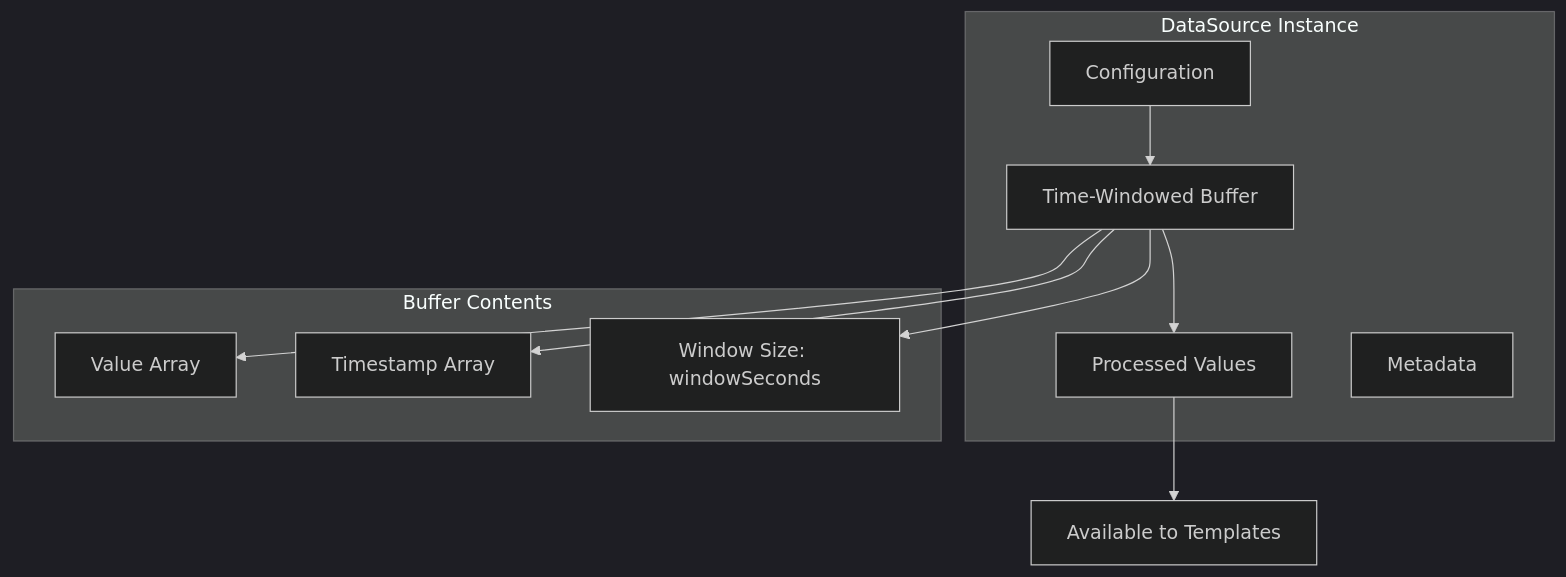
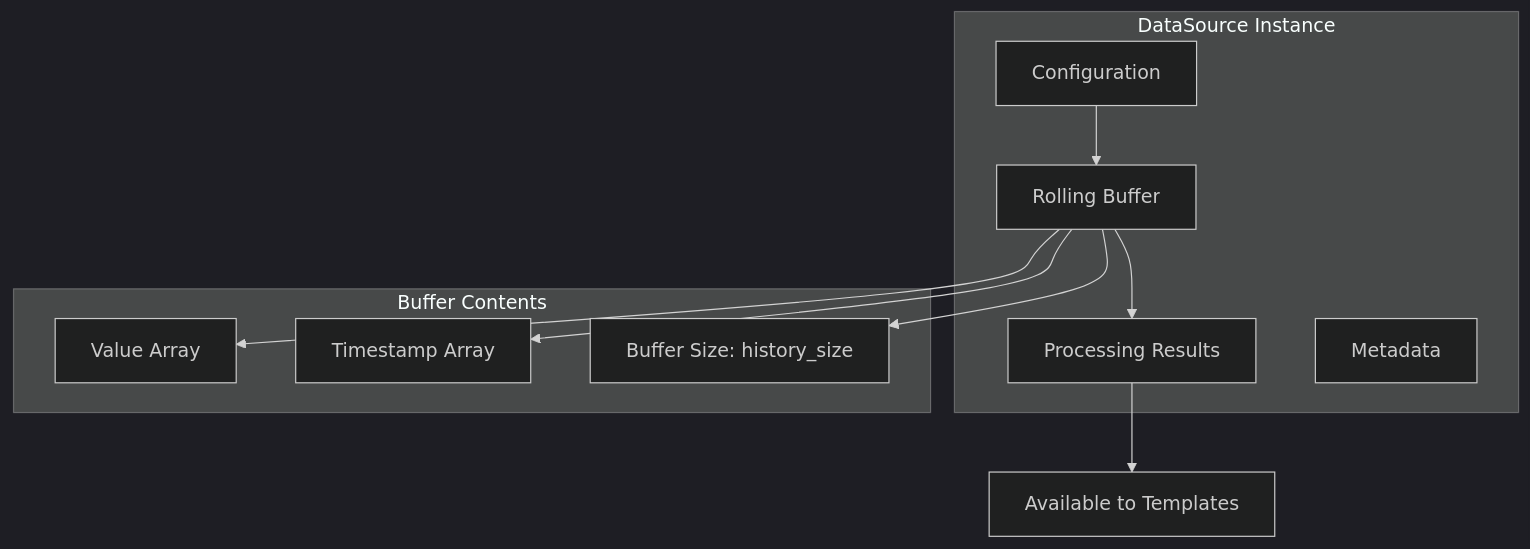
The eighth of 8 diagrams in doc/architecture/subsystems/datasource-system.md (solhuebner/lcards), drawn with Mermaid (dark theme) before and after one commit. The commit also changed other lines of this file and 61 other files, not shown here.

````diff
--- a/doc/architecture/subsystems/datasource-system.md
+++ b/doc/architecture/subsystems/datasource-system.md
@@ -943,22 +932,22 @@
 ```mermaid
 graph TB
     subgraph "DataSource Instance"
         Config[Configuration]
-        Buffer[Time-Windowed Buffer]
-        Processed[Processed Values]
+        Buffer[Rolling Buffer]
+        Processing[Processing Results]
         Metadata[Metadata]
     end
 
     subgraph "Buffer Contents"
         Values[Value Array]
         Timestamps[Timestamp Array]
-        Window[Window Size: windowSeconds]
+        Size[Buffer Size: history_size]
     end
 
     Config --> Buffer
     Buffer --> Values
     Buffer --> Timestamps
-    Buffer --> Window
-    Buffer --> Processed
-    Processed --> Templates[Available to Templates]
+    Buffer --> Size
+    Buffer --> Processing
+    Processing --> Templates[Available to Templates]
 ```
````
